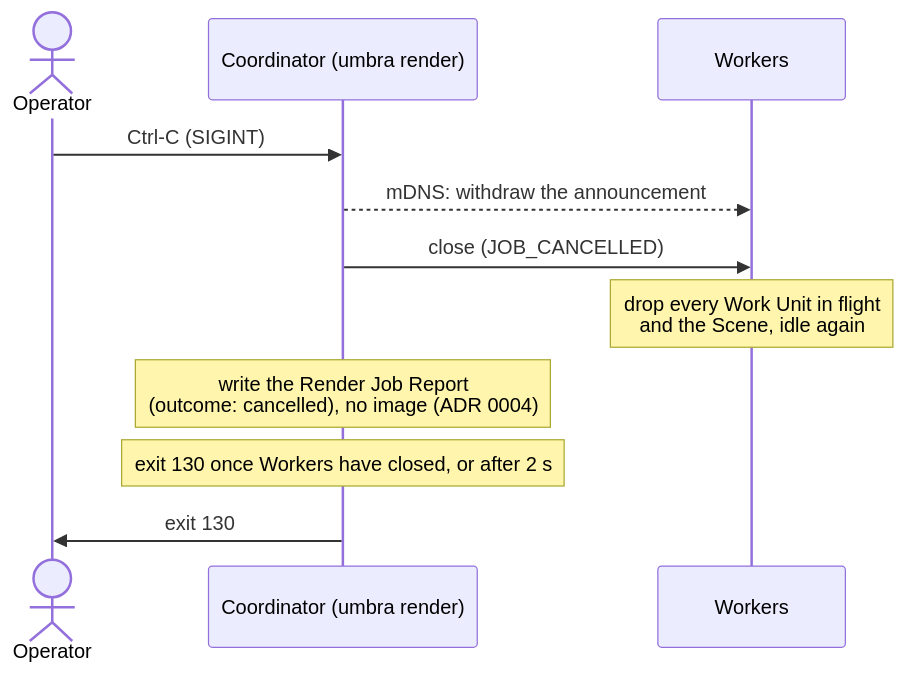
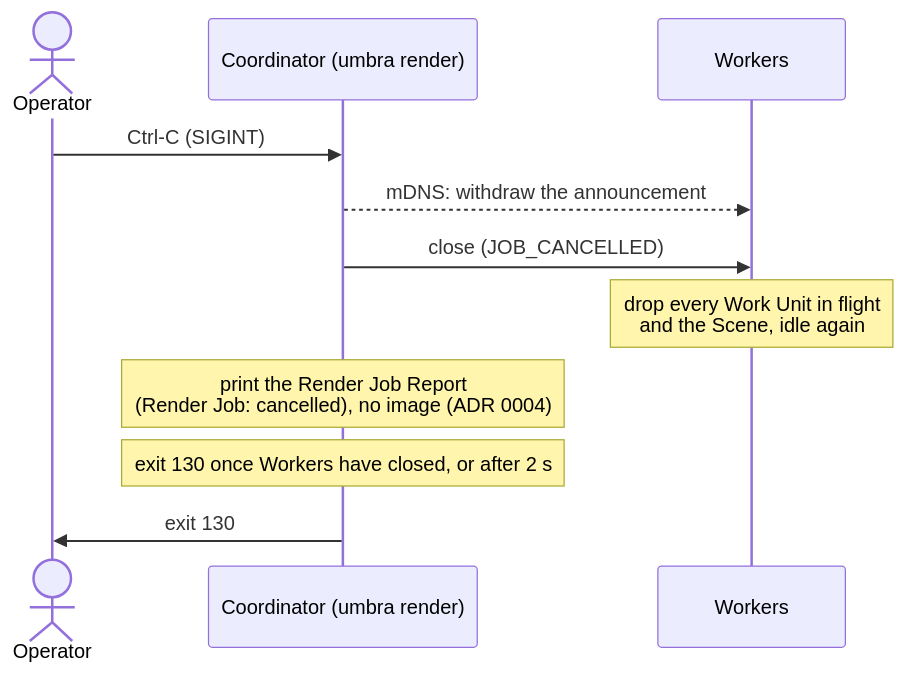
One commit to sergioffpc/umbra changed the sixth of 6 diagrams in docs/architecture/06-runtime-view.md. Above: the diagram before and after it, drawn with Mermaid. The commit also changed other lines of this file and 7 other files, not shown here.

First line of the commit message:
docs: describe the Render Job Report as text on stdout, not JSON

````diff
--- a/docs/architecture/06-runtime-view.md
+++ b/docs/architecture/06-runtime-view.md
@@ -191,13 +191,13 @@
 ```mermaid
 sequenceDiagram
     actor O as Operator
     participant C as Coordinator (umbra render)
     participant W as Workers
     O->>C: Ctrl-C (SIGINT)
     C-->>W: mDNS: withdraw the announcement
     C->>W: close (JOB_CANCELLED)
     Note over W: drop every Work Unit in flight<br/>and the Scene, idle again
-    Note over C: write the Render Job Report<br/>(outcome: cancelled), no image (ADR 0004)
+    Note over C: print the Render Job Report<br/>(Render Job: cancelled), no image (ADR 0004)
     Note over C: exit 130 once Workers have closed, or after 2 s
     C->>O: exit 130
 ```
````
